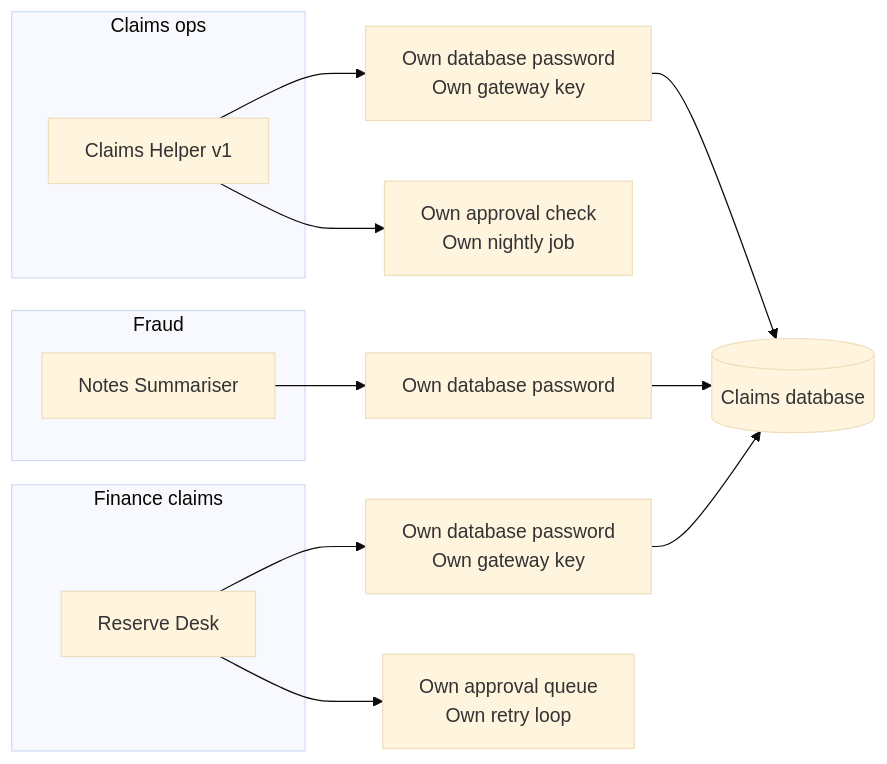
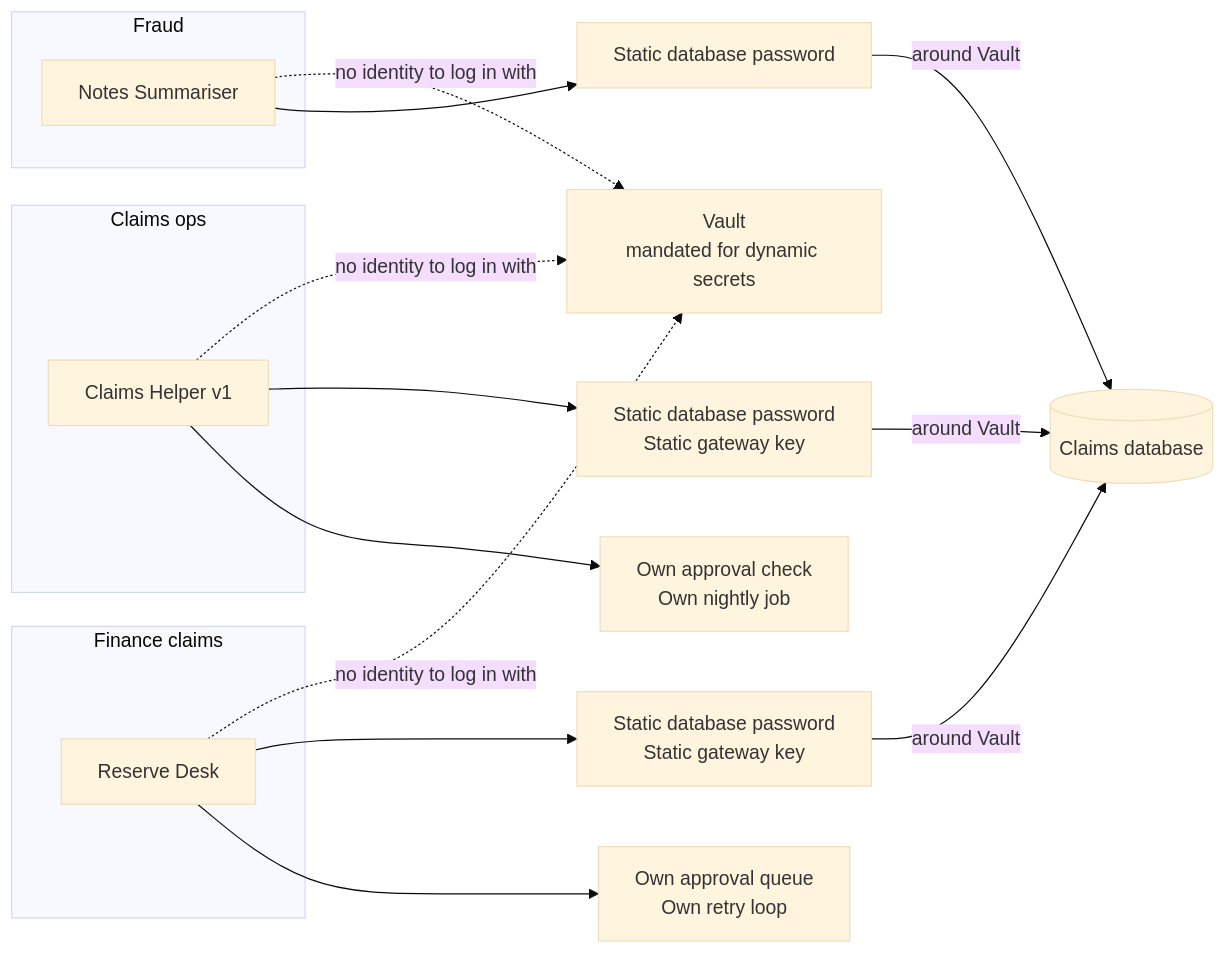
Before and after one commit to cmylchan/goodenoughinsurance-eve-migration-demo: the first of 2 diagrams in README.md, drawn with Mermaid (base theme). The commit also changed other lines of this file and 2 other files, not shown here.

First line of the commit message:
Show Vault and OIDC in the pain diagrams; send the policy list from the chat bubble

````diff
--- a/README.md
+++ b/README.md
@@ -23,18 +24,20 @@
 ```mermaid
 flowchart LR
   subgraph T1["Claims ops"]
     A1["Claims Helper v1"]
   end
   subgraph T2["Fraud"]
     A2["Notes Summariser"]
   end
   subgraph T3["Finance claims"]
     A3["Reserve Desk"]
   end
-  A1 --> S1["Own database password<br/>Own gateway key"]
+  V["Vault<br/>mandated for dynamic secrets"]
+  A1 & A2 & A3 -. "no identity to log in with" .-> V
+  A1 --> S1["Static database password<br/>Static gateway key"]
+  A2 --> S2["Static database password"]
+  A3 --> S3["Static database password<br/>Static gateway key"]
+  S1 & S2 & S3 -- "around Vault" --> DB[("Claims database")]
   A1 --> P1["Own approval check<br/>Own nightly job"]
-  A2 --> S2["Own database password"]
-  A3 --> S3["Own database password<br/>Own gateway key"]
   A3 --> P3["Own approval queue<br/>Own retry loop"]
-  S1 & S2 & S3 --> DB[("Claims database")]
 ```
````
